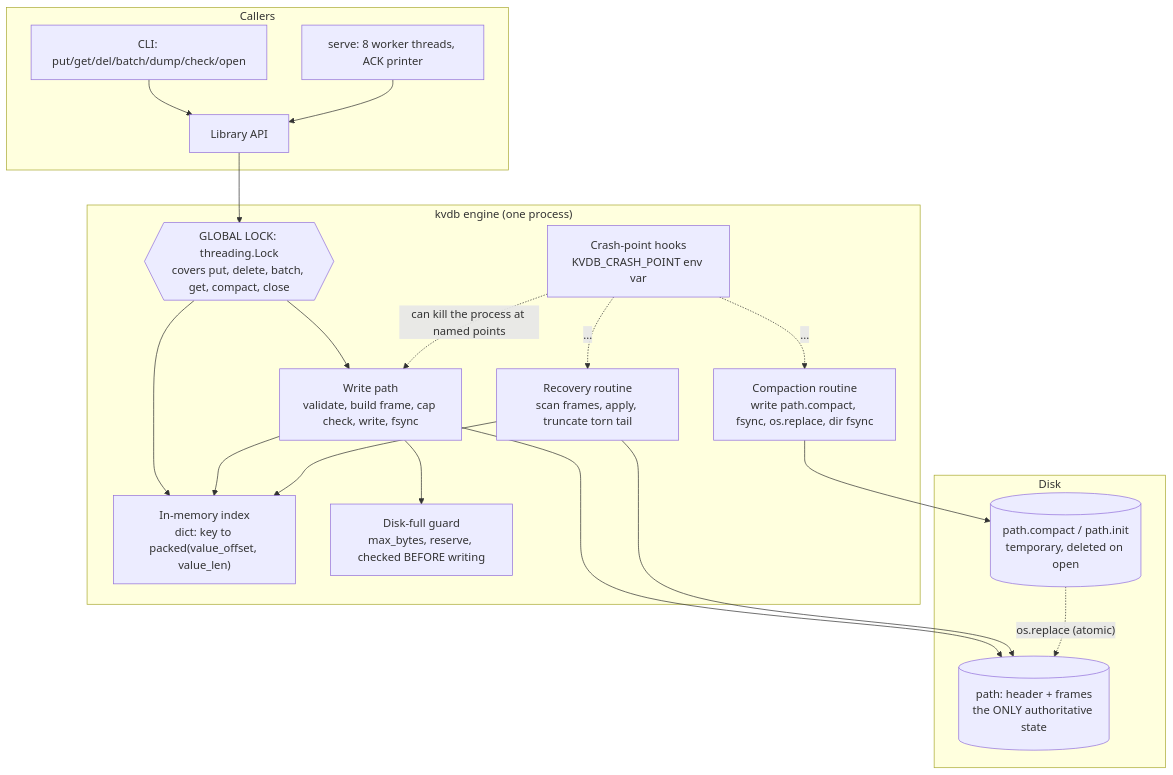
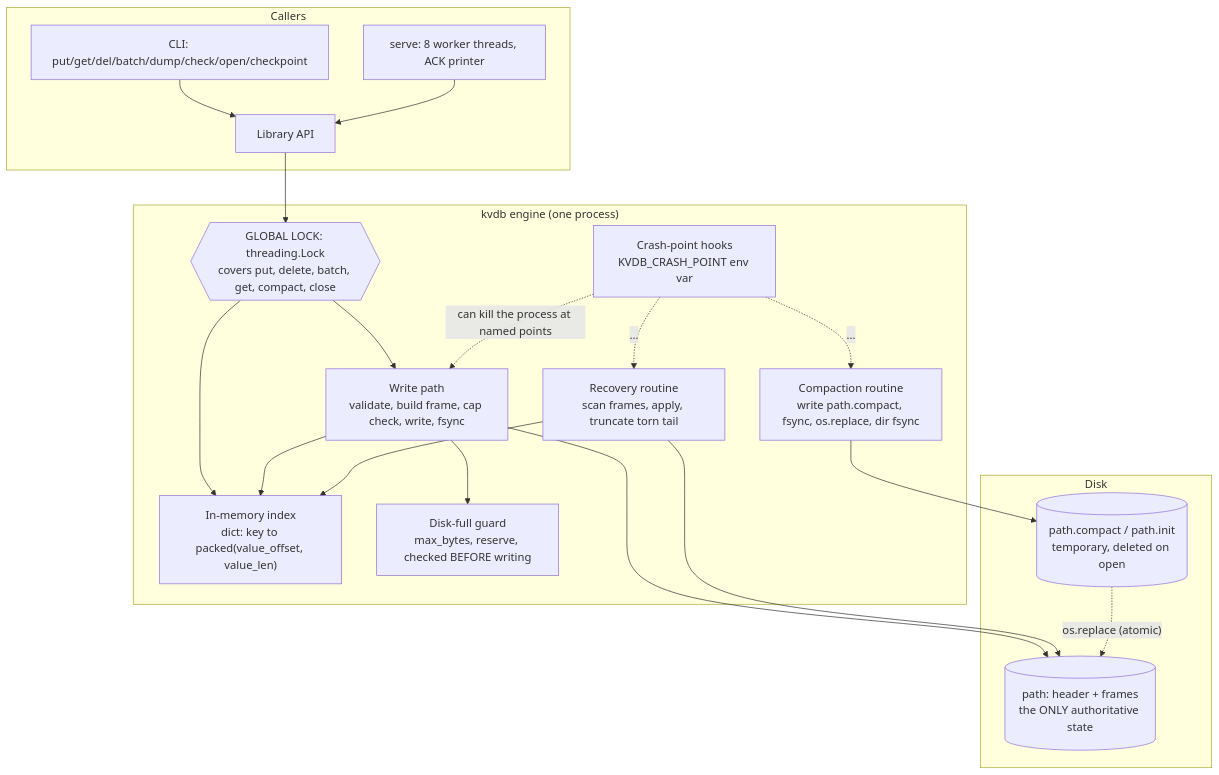
The first of 4 diagrams in ARCHITECTURE.md (Jagadish-s-naik/BinaryV2-KVDB), drawn with Mermaid before and after one commit. The commit also changed other lines of this file and 17 other files, not shown here.

````diff
--- a/ARCHITECTURE.md
+++ b/ARCHITECTURE.md
@@ -13,39 +13,39 @@
 ```mermaid
 flowchart TB
     subgraph Clients["Callers"]
-        CLI["CLI: put/get/del/batch/dump/check/open"]
+        CLI["CLI: put/get/del/batch/dump/check/open/checkpoint"]
         SERVE["serve: 8 worker threads, ACK printer"]
         LIB["Library API"]
     end
 
     subgraph Engine["kvdb engine (one process)"]
         LOCK{{"GLOBAL LOCK: threading.Lock<br/>covers put, delete, batch, get, compact, close"}}
         WP["Write path<br/>validate, build frame, cap check, write, fsync"]
         IDX["In-memory index<br/>dict: key to packed(value_offset, value_len)"]
         GUARD["Disk-full guard<br/>max_bytes, reserve, checked BEFORE writing"]
         REC["Recovery routine<br/>scan frames, apply, truncate torn tail"]
         COMP["Compaction routine<br/>write path.compact, fsync, os.replace, dir fsync"]
         CP["Crash-point hooks<br/>KVDB_CRASH_POINT env var"]
     end
 
     subgraph Disk["Disk"]
         DATA[("path: header + frames<br/>the ONLY authoritative state")]
         TMP[("path.compact / path.init<br/>temporary, deleted on open")]
     end
 
     CLI --> LIB
     SERVE --> LIB
     LIB --> LOCK
     LOCK --> WP
     LOCK --> IDX
     WP --> GUARD
     WP --> DATA
     WP --> IDX
     REC --> DATA
     REC --> IDX
     COMP --> TMP
     TMP -. "os.replace (atomic)" .-> DATA
     CP -. "can kill the process at named points" .-> WP
     CP -. "..." .-> COMP
     CP -. "..." .-> REC
 ```
````
